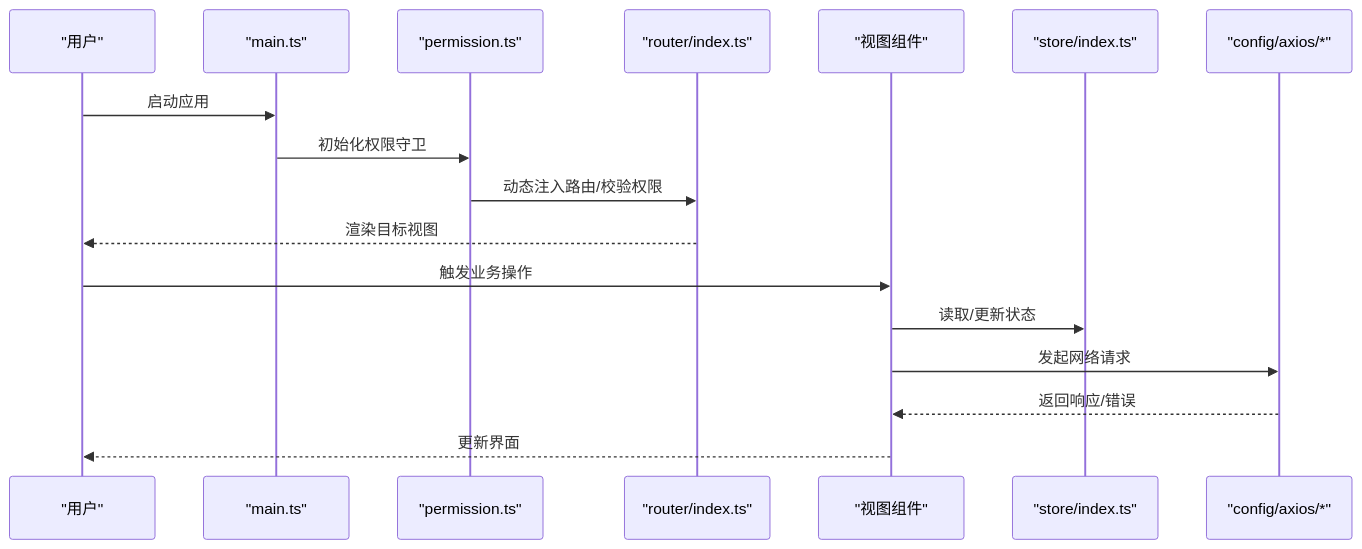
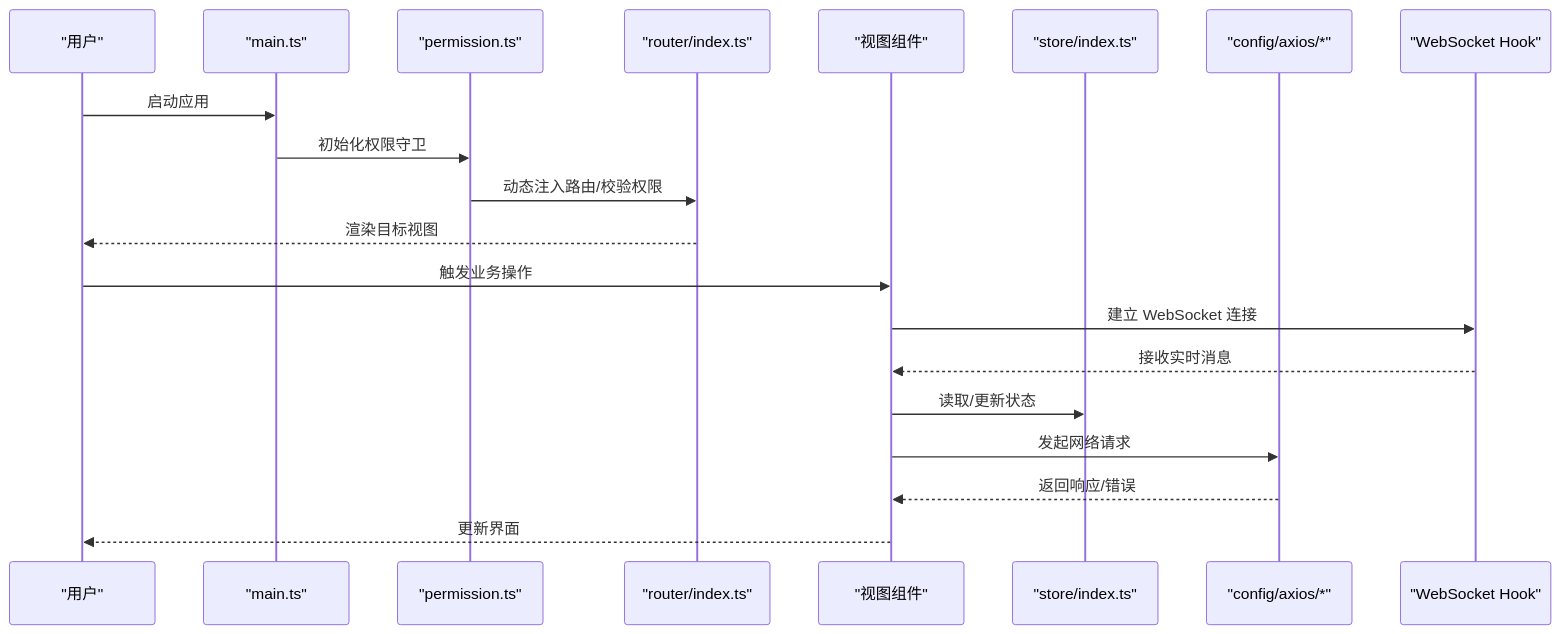
One commit to xiaoche80s-tech/rouyi-vue-pro changed the second of 9 diagrams in .qoder/repowiki/zh/content/前端架构/前端架构.md. Above: the diagram before and after it, drawn with Mermaid. The commit also changed other lines of this file and 598 other files, not shown here.

````diff
--- a/.qoder/repowiki/zh/content/前端架构/前端架构.md
+++ b/.qoder/repowiki/zh/content/前端架构/前端架构.md
@@ -140,19 +177,22 @@
 ```mermaid
 sequenceDiagram
 participant U as "用户"
 participant M as "main.ts"
 participant P as "permission.ts"
 participant R as "router/index.ts"
 participant V as "视图组件"
 participant S as "store/index.ts"
 participant A as "config/axios/*"
+participant W as "WebSocket Hook"
 U->>M : 启动应用
 M->>P : 初始化权限守卫
 P->>R : 动态注入路由/校验权限
 R-->>U : 渲染目标视图
 U->>V : 触发业务操作
+V->>W : 建立 WebSocket 连接
+W-->>V : 接收实时消息
 V->>S : 读取/更新状态
 V->>A : 发起网络请求
 A-->>V : 返回响应/错误
 V-->>U : 更新界面
 ```
````
